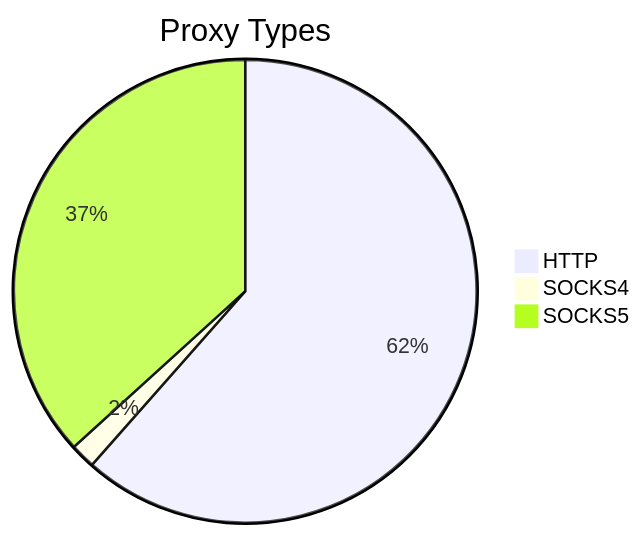
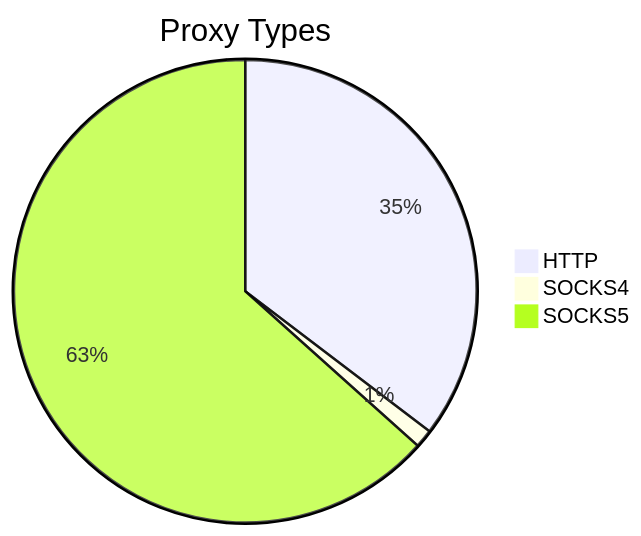
One commit to stormsia/proxy-list changed the first of 2 diagrams in README.md. Above: the diagram before and after it, drawn with Mermaid. The commit also changed other lines of this file, not shown here.

````diff
--- a/README.md
+++ b/README.md
@@ -21,6 +21,6 @@
 ```mermaid
 pie title Proxy Types
-    "HTTP" : 668
-    "SOCKS4" : 19
-    "SOCKS5" : 399
+    "HTTP" : 440
+    "SOCKS4" : 16
+    "SOCKS5" : 789
 ```
````
